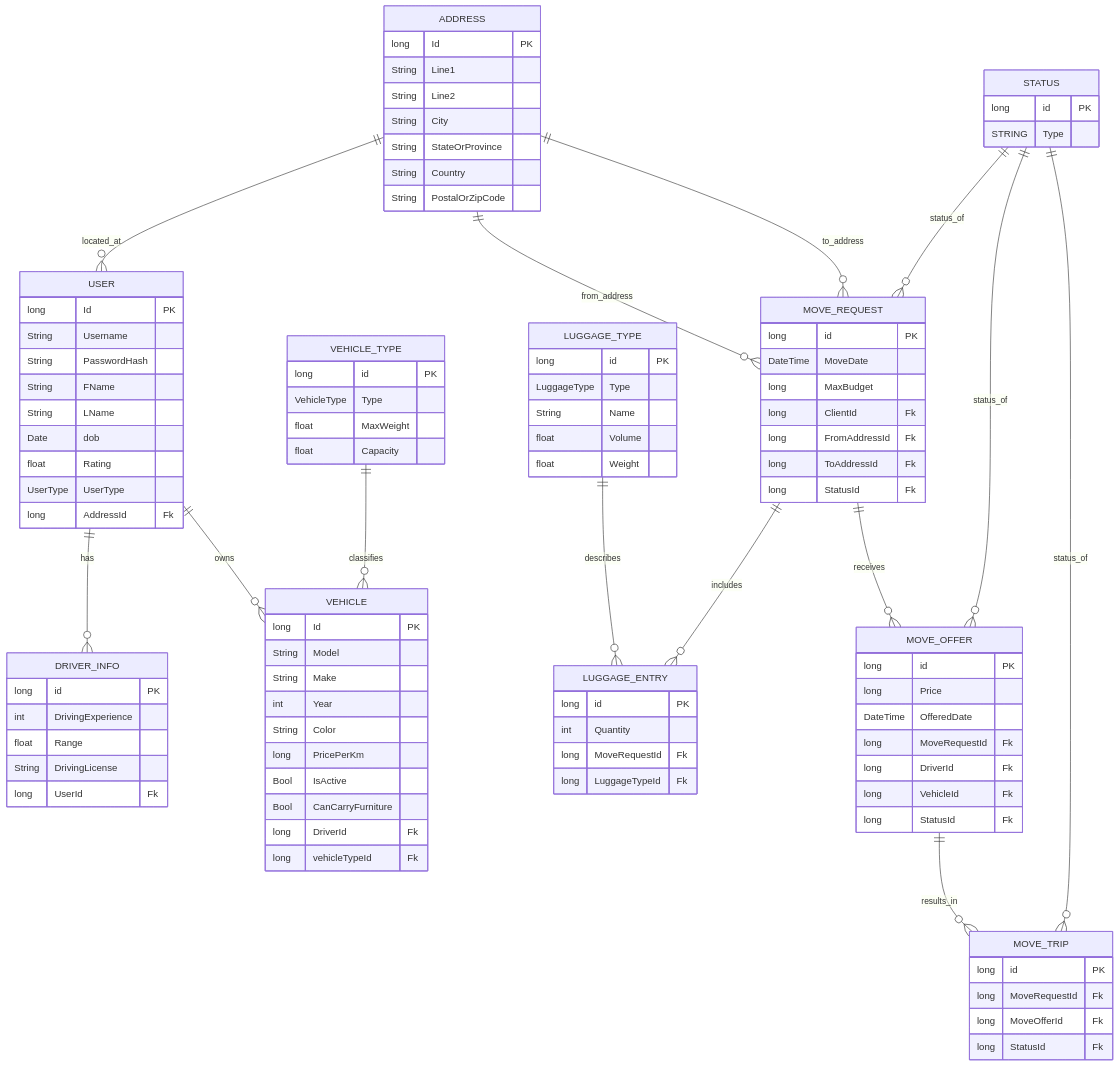
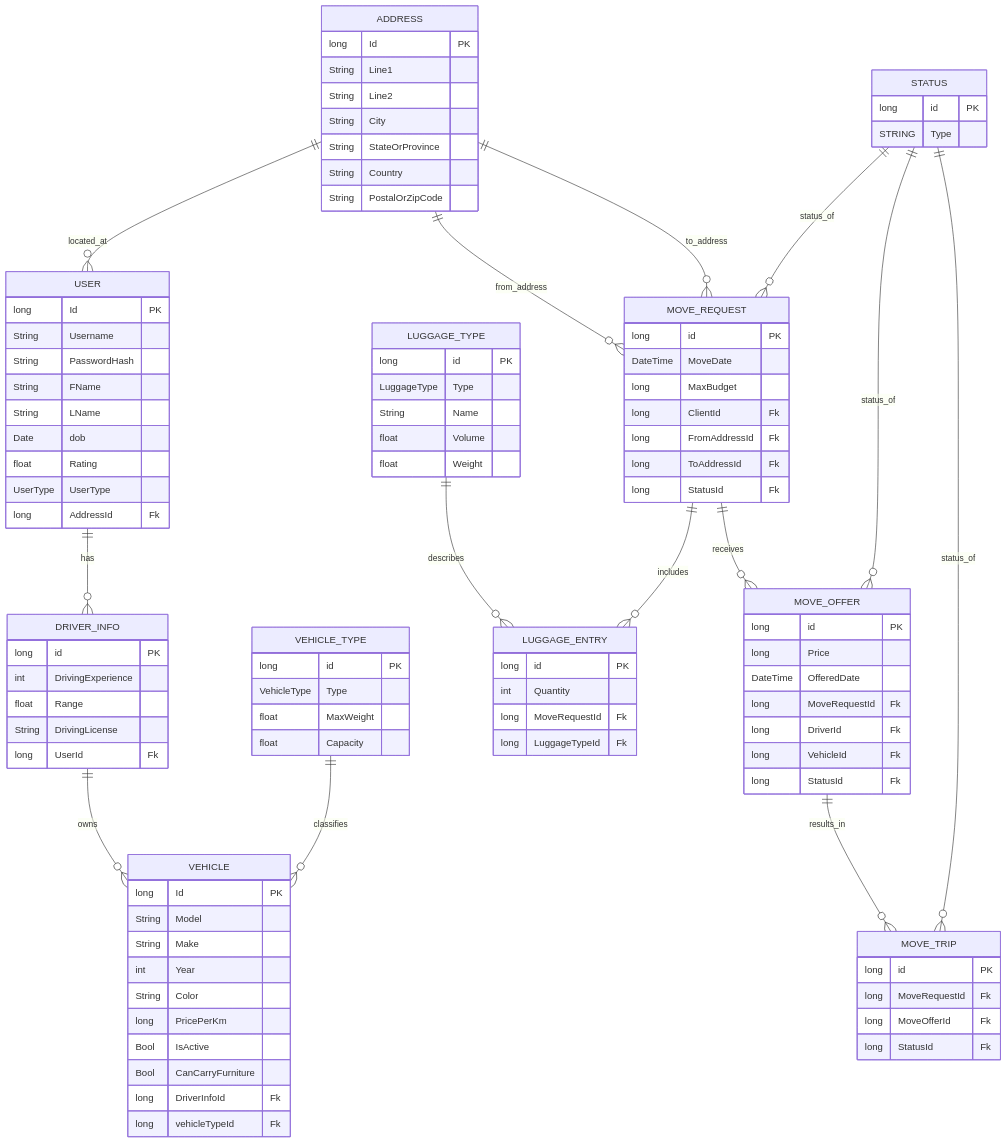
The diagram in Planning/ErdDiagram.md (ghostp13409/SwiftMove), drawn with Mermaid before and after one commit. The commit also changed 54 other files, not shown here.

```diff
--- a/Planning/ErdDiagram.md
+++ b/Planning/ErdDiagram.md
@@ -30,7 +30,7 @@
         Bool IsActive
         Bool CanCarryFurniture
         %% UserId
-        long DriverId Fk
+        long DriverInfoId Fk
         long vehicleTypeId Fk
     }
 
@@ -100,7 +100,7 @@
 
     %% Relationships
     USER ||--o{ DRIVER_INFO: has
-    USER ||--o{ VEHICLE: owns
+    DRIVER_INFO ||--o{ VEHICLE: owns
     VEHICLE_TYPE ||--o{ VEHICLE: classifies
     ADDRESS ||--o{ USER: located_at
     ADDRESS ||--o{ MOVE_REQUEST: from_address
```
